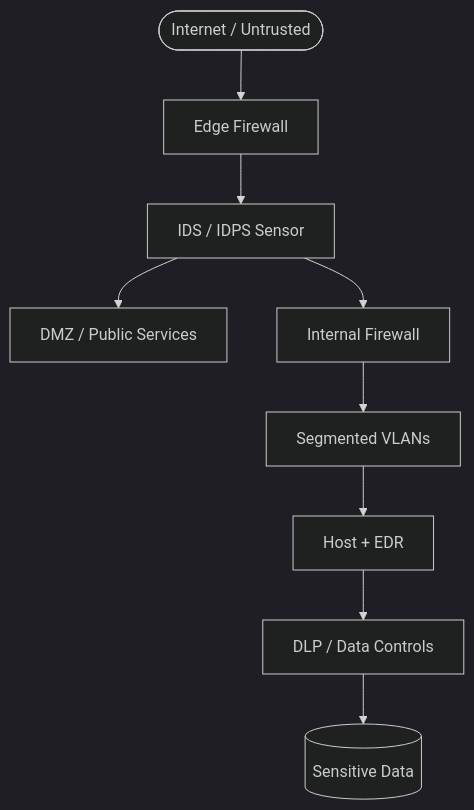
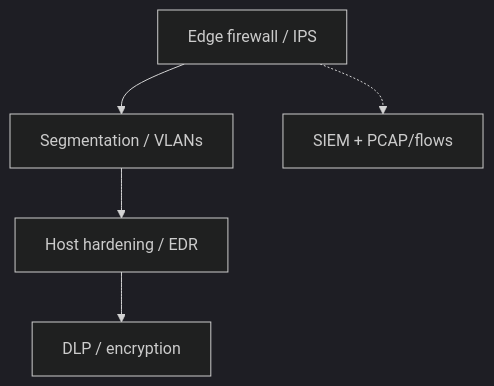
Before and after one commit to omnayak27199/pktana: the fourth of 4 diagrams in learning/10-network-security.md, drawn with Mermaid (dark theme). The commit also changed other lines of this file and 14 other files, not shown here.

First line of the commit message:
docs: rewrite Learn path with diagrams, quizzes, and protocol links

````diff
--- a/learning/10-network-security.md
+++ b/learning/10-network-security.md
@@ -210,11 +59,7 @@
 ```mermaid
 flowchart TB
-  Internet([Internet / Untrusted]) --> EdgeFW[Edge Firewall]
-  EdgeFW --> IDS[IDS / IDPS Sensor]
-  IDS --> DMZ[DMZ / Public Services]
-  IDS --> CoreFW[Internal Firewall]
-  CoreFW --> Seg[Segmented VLANs]
-  Seg --> Host[Host + EDR]
-  Host --> DLP[DLP / Data Controls]
-  DLP --> Data[(Sensitive Data)]
+  Edge[Edge firewall / IPS] --> Seg[Segmentation / VLANs]
+  Seg --> Host[Host hardening / EDR]
+  Host --> Data[DLP / encryption]
+  Edge -.-> Monitor[SIEM + PCAP/flows]
 ```
````
